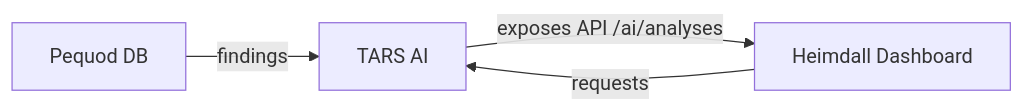
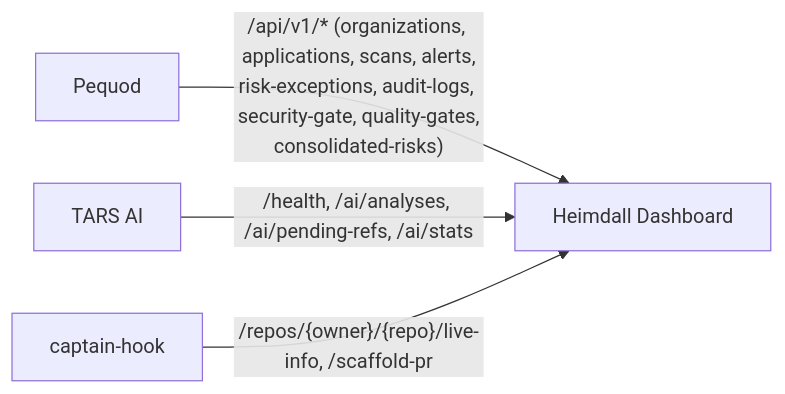
The diagram in docs/heimdall-dashboard.md (OdinEye-FIAP/aspm-docs), drawn with Mermaid before and after one commit. The commit also changed other lines of this file and 2 other files, not shown here.

Commit message:
docs: atualizar pequod, tars-ai, heimdall-dashboard e referencias (schema, finding-v1, http-endpoints)

````diff
--- a/docs/heimdall-dashboard.md
+++ b/docs/heimdall-dashboard.md
@@ -28,10 +59,11 @@
 ```mermaid
 flowchart LR
+  CH[captain-hook]
   T[TARS AI]
+  PQ[Pequod]
   H[Heimdall Dashboard]
-  DB[Pequod DB]
 
-  DB -->|findings| T
-  T -->|exposes API /ai/analyses| H
-  H -->|requests| T
+  PQ -->|"/api/v1/* (organizations, applications, scans, alerts,\nrisk-exceptions, audit-logs, security-gate, quality-gates,\nconsolidated-risks)"| H
+  T -->|"/health, /ai/analyses, /ai/pending-refs, /ai/stats"| H
+  CH -->|"/repos/{owner}/{repo}/live-info, /scaffold-pr"| H
 ```
````
